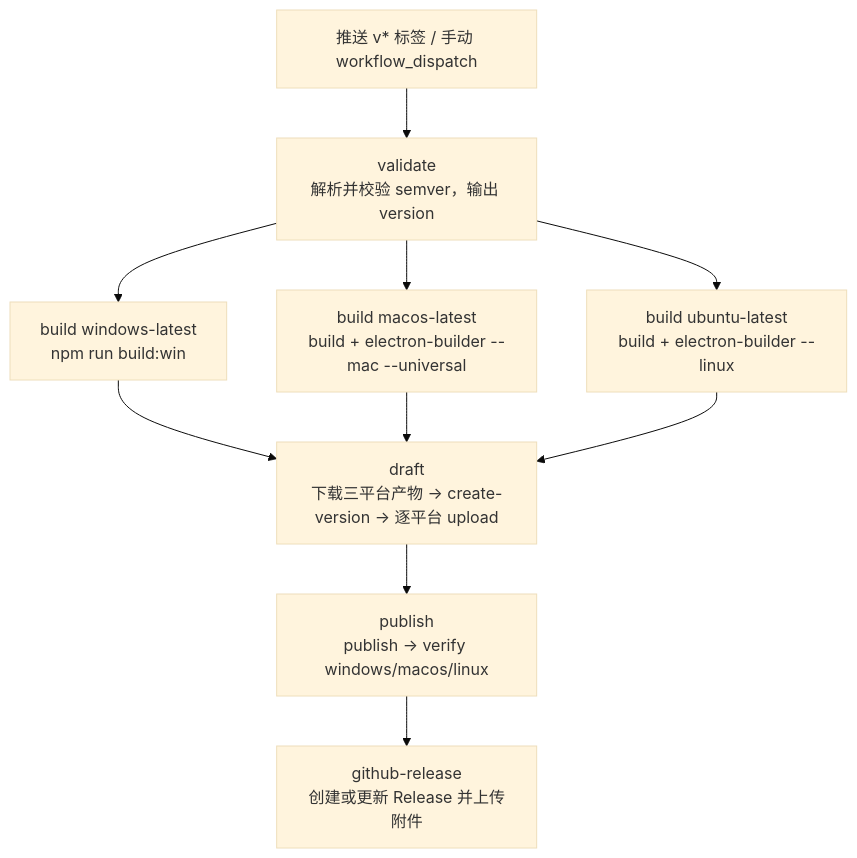
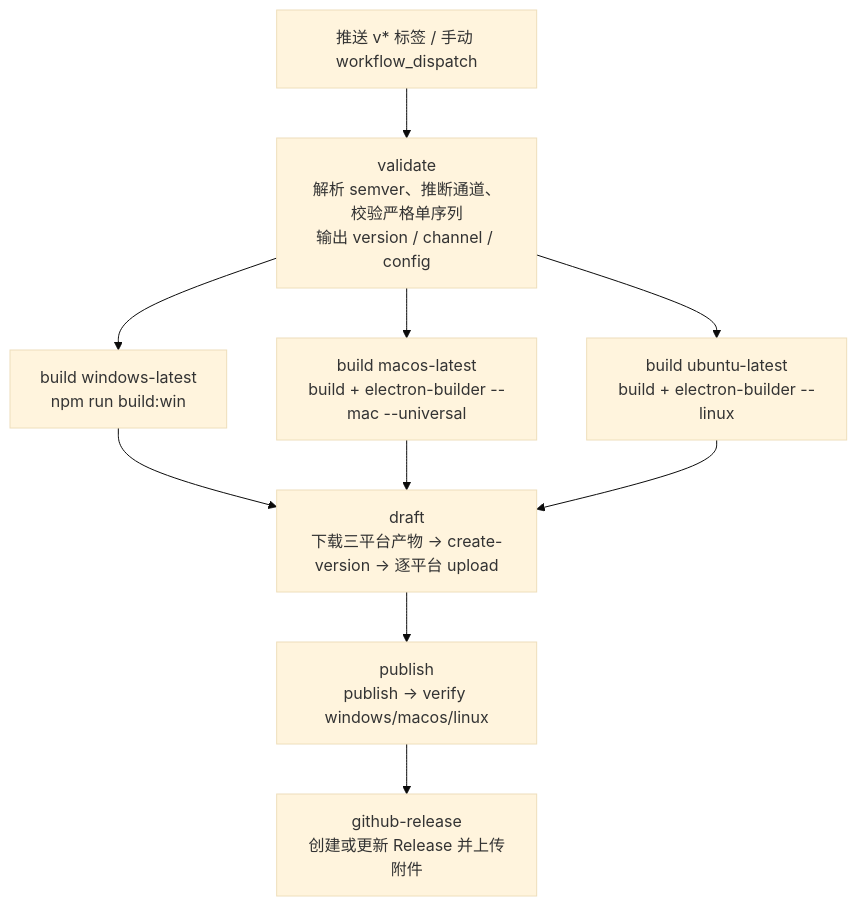
One commit to Harley-xk/mark-it changed the second of 2 diagrams in docs/构建与发布.md. Above: the diagram before and after it, drawn with Mermaid (base theme). The commit also changed other lines of this file and 26 other files, not shown here.

````diff
--- a/docs/构建与发布.md
+++ b/docs/构建与发布.md
@@ -262,12 +264,12 @@
 ```mermaid
 flowchart TD
-    T["推送 v* 标签 / 手动 workflow_dispatch"] --> V["validate<br/>解析并校验 semver，输出 version"]
+    T["推送 v* 标签 / 手动 workflow_dispatch"] --> V["validate<br/>解析 semver、推断通道、校验严格单序列<br/>输出 version / channel / config"]
     V --> W["build windows-latest<br/>npm run build:win"]
     V --> M["build macos-latest<br/>build + electron-builder --mac --universal"]
     V --> L["build ubuntu-latest<br/>build + electron-builder --linux"]
     W --> D["draft<br/>下载三平台产物 → create-version → 逐平台 upload"]
     M --> D
     L --> D
     D --> P["publish<br/>publish → verify windows/macos/linux"]
     P --> G["github-release<br/>创建或更新 Release 并上传附件"]
 ```
````
